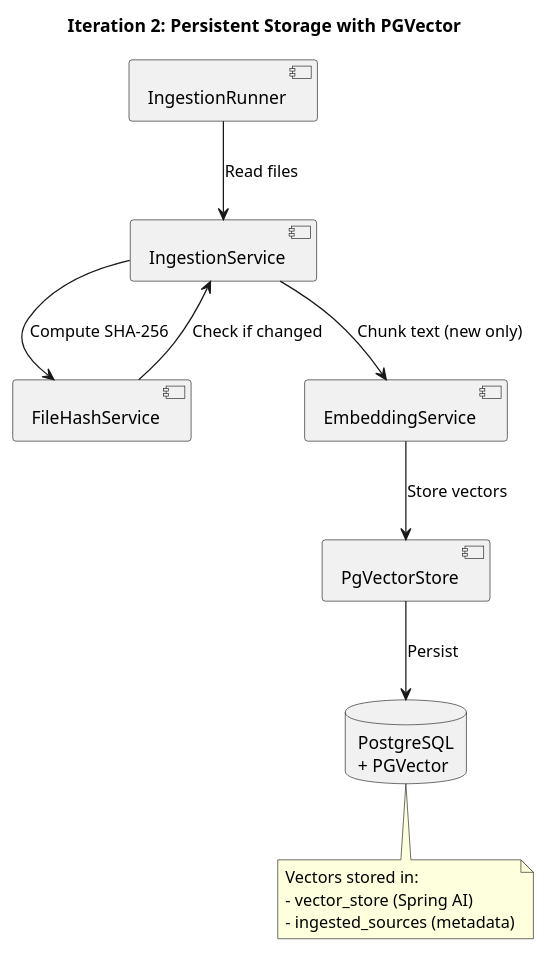
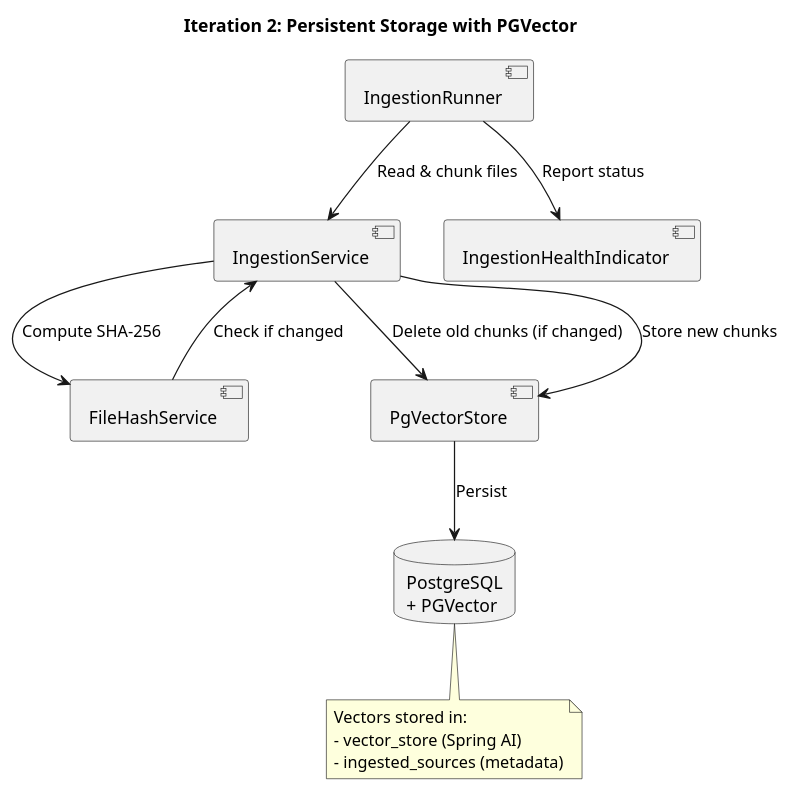
The third of 4 diagrams in docs/iteration-2.md (andresdiegolanda/ai-context-orchestrator), drawn with PlantUML before and after one commit. The commit also changed other lines of this file and 18 other files, not shown here.

First line of the commit message:
Iteration 2 fixes: orphaned chunks cleanup, incremental ingestion, health indicator

````diff
--- a/docs/iteration-2.md
+++ b/docs/iteration-2.md
@@ -165,26 +177,27 @@
 ```plantuml
 @startuml
 title Iteration 2: Persistent Storage with PGVector
 
 component "IngestionRunner" as runner
 component "IngestionService" as ingest
 component "FileHashService" as hash
-component "EmbeddingService" as embed
 component "PgVectorStore" as pgvector
+component "IngestionHealthIndicator" as health
 database "PostgreSQL\n+ PGVector" as postgres
 
-runner --> ingest : Read files
+runner --> ingest : Read & chunk files
 ingest --> hash : Compute SHA-256
 hash --> ingest : Check if changed
-ingest --> embed : Chunk text (new only)
-embed --> pgvector : Store vectors
+ingest --> pgvector : Delete old chunks (if changed)
+ingest --> pgvector : Store new chunks
 pgvector --> postgres : Persist
+runner --> health : Report status
 
 note bottom of postgres
   Vectors stored in:
   - vector_store (Spring AI)
   - ingested_sources (metadata)
 end note
 
 @enduml
 ```
````
